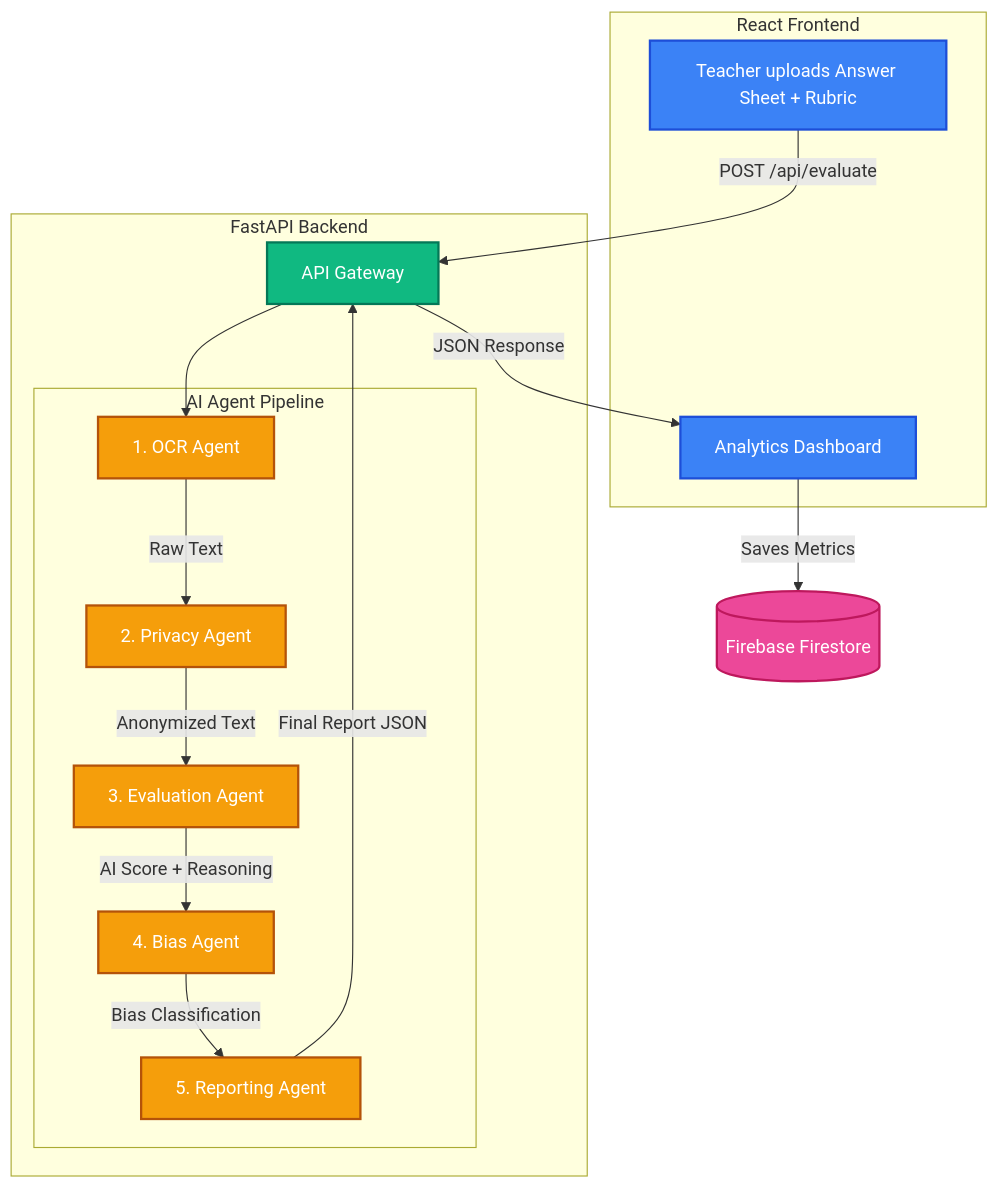
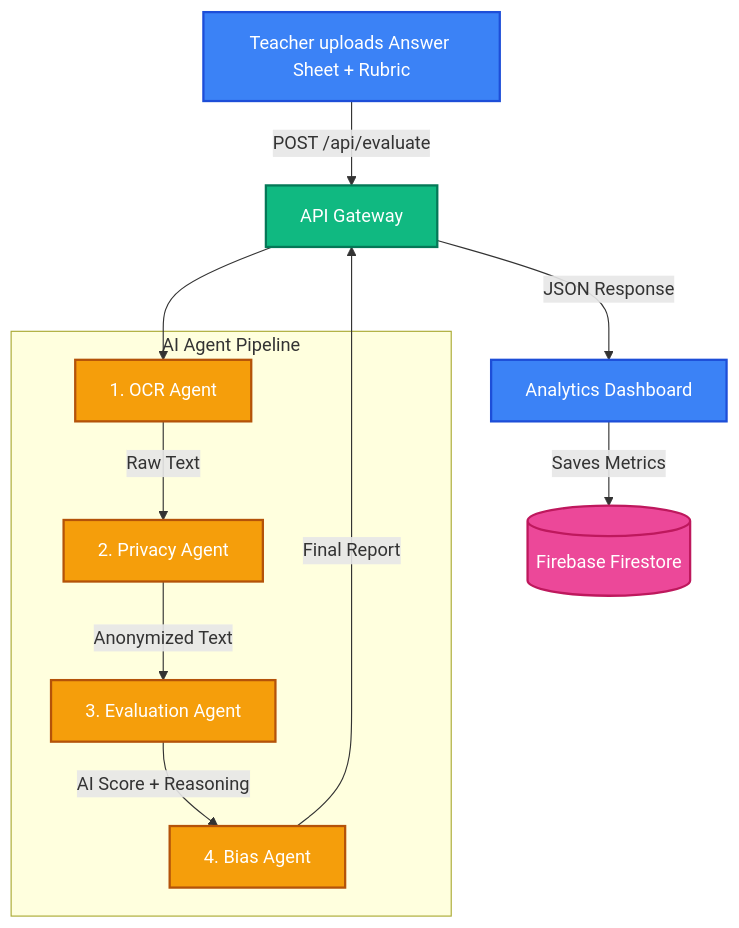
One commit to Yashasm18/Fair-Grade changed the diagram in README.md. Above: the diagram before and after it, drawn with Mermaid. The commit also changed other lines of this file and 1 other file, not shown here.

Commit message:
docs: finalize system architecture diagram (Mermaid + image)

````diff
--- a/README.md
+++ b/README.md
@@ -79,36 +79,29 @@
 ```mermaid
 graph TD
     classDef frontend fill:#3b82f6,stroke:#1d4ed8,stroke-width:2px,color:#fff;
     classDef backend fill:#10b981,stroke:#047857,stroke-width:2px,color:#fff;
     classDef agents fill:#f59e0b,stroke:#b45309,stroke-width:2px,color:#fff;
     classDef database fill:#ec4899,stroke:#be185d,stroke-width:2px,color:#fff;
 
-    subgraph "React Frontend"
-        A["Teacher uploads Answer Sheet + Rubric"]:::frontend
-        B["Analytics Dashboard"]:::frontend
+    A["Teacher uploads Answer Sheet + Rubric"]:::frontend
+    B["Analytics Dashboard"]:::frontend
+    C["API Gateway"]:::backend
+
+    subgraph "AI Agent Pipeline"
+        D["1. OCR Agent"]:::agents
+        E["2. Privacy Agent"]:::agents
+        F["3. Evaluation Agent"]:::agents
+        G["4. Bias Agent"]:::agents
     end
 
-    subgraph "FastAPI Backend"
-        C["API Gateway"]:::backend
+    H[("Firebase Firestore")]:::database
 
-        subgraph "AI Agent Pipeline"
-            D["1. OCR Agent"]:::agents
-            E["2. Privacy Agent"]:::agents
-            F["3. Evaluation Agent"]:::agents
-            G["4. Bias Agent"]:::agents
-            H["5. Reporting Agent"]:::agents
-        end
-    end
-
-    I[("Firebase Firestore")]:::database
-
-    A -- "POST /api/evaluate" --> C
+    A -->|"POST /api/evaluate"| C
     C --> D
-    D -- "Raw Text" --> E
-    E -- "Anonymized Text" --> F
-    F -- "AI Score + Reasoning" --> G
-    G -- "Bias Classification" --> H
-    H -- "Final Report JSON" --> C
-    C -- "JSON Response" --> B
-    B -- "Saves Metrics" --> I
+    D -->|"Raw Text"| E
+    E -->|"Anonymized Text"| F
+    F -->|"AI Score + Reasoning"| G
+    G -->|"Final Report"| C
+    C -->|"JSON Response"| B
+    B -->|"Saves Metrics"| H
 ```
````
